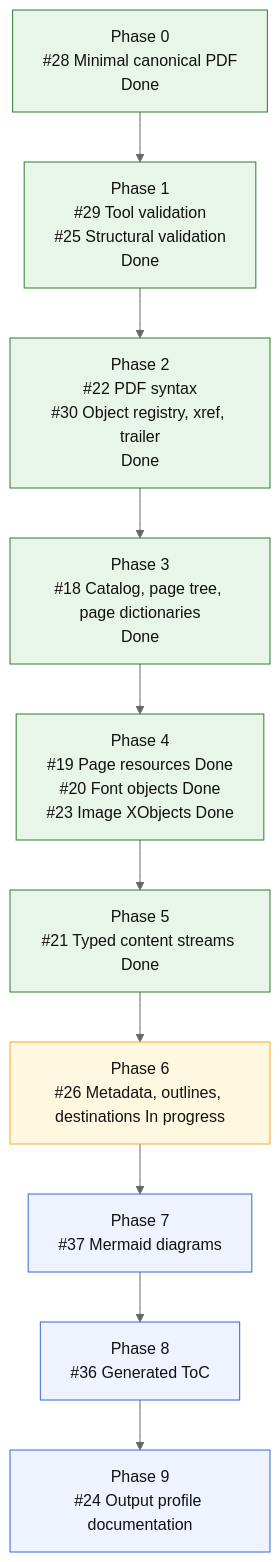
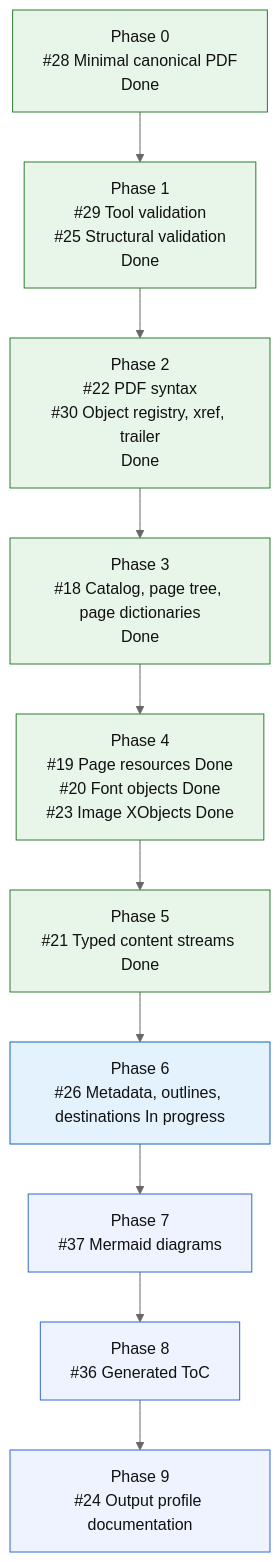
One commit to mihaelamj/MarkdownPDF changed the diagram in README.md. Above: the diagram before and after it, drawn with Mermaid (neutral theme). The commit also changed 6 other files, not shown here.

````diff
--- a/README.md
+++ b/README.md
@@ -127,22 +127,23 @@
 ```mermaid
 flowchart TD
     P0["Phase 0<br/>#28 Minimal canonical PDF<br/>Done"]
     P1["Phase 1<br/>#29 Tool validation<br/>#25 Structural validation<br/>Done"]
     P2["Phase 2<br/>#22 PDF syntax<br/>#30 Object registry, xref, trailer<br/>Done"]
     P3["Phase 3<br/>#18 Catalog, page tree, page dictionaries<br/>Done"]
     P4["Phase 4<br/>#19 Page resources Done<br/>#20 Font objects Done<br/>#23 Image XObjects Done"]
     P5["Phase 5<br/>#21 Typed content streams Done"]
     P6["Phase 6<br/>#26 Metadata, outlines, destinations In progress"]
     P7["Phase 7<br/>#37 Mermaid diagrams"]
     P8["Phase 8<br/>#36 Generated ToC"]
     P9["Phase 9<br/>#24 Output profile documentation"]
 
     P0 --> P1 --> P2 --> P3 --> P4 --> P5 --> P6 --> P7 --> P8 --> P9
 
     classDef done fill:#e8f5e9,stroke:#2e7d32,color:#111;
+    classDef active fill:#e3f2fd,stroke:#1565c0,color:#111;
     classDef next fill:#fff8e1,stroke:#f9a825,color:#111;
     classDef todo fill:#eef3ff,stroke:#3367d6,color:#111;
     class P0,P1,P2,P3,P4,P5 done;
-    class P6 next;
+    class P6 active;
     class P7,P8,P9 todo;
 ```
````
